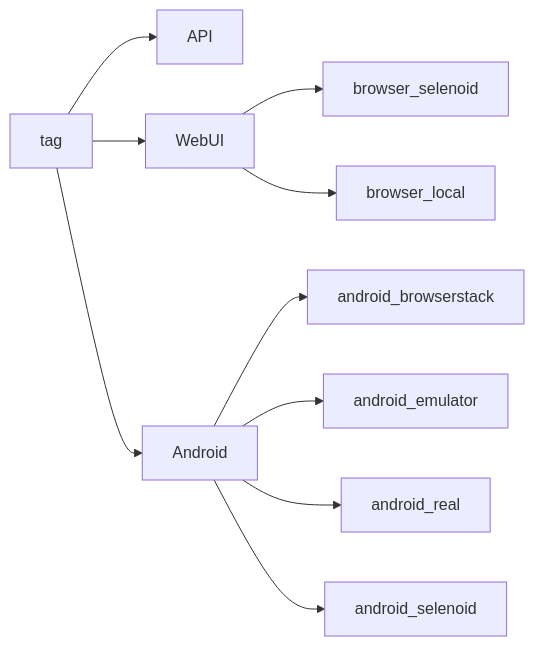
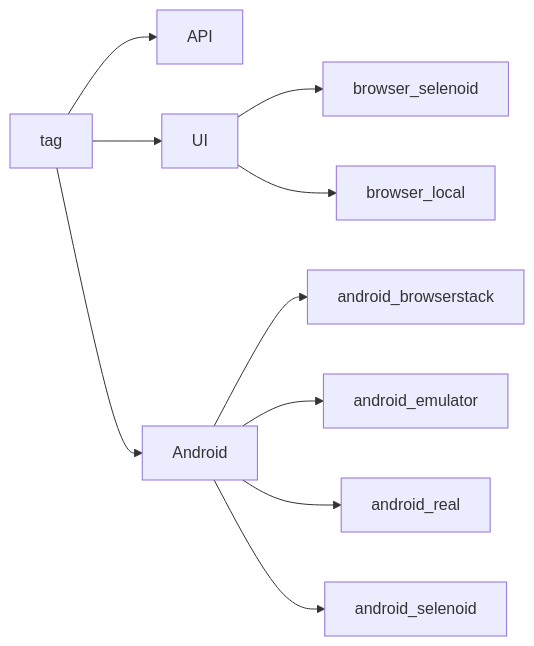
The first of 2 diagrams in README.md (vonoelv/bookmate-test-project), drawn with Mermaid before and after one commit. The commit also changed other lines of this file, not shown here.

````diff
--- a/README.md
+++ b/README.md
@@ -114,12 +114,12 @@
 ```mermaid
 graph LR
 A[tag] --> B[API]
-A --> C[WebUI]
+A --> C[UI]
 A --> D[Android]
 C --> E[browser_selenoid]
 C --> F[browser_local]
 D --> G[android_browserstack]
 D --> H[android_emulator]
 D --> I[android_real]
 D --> J[android_selenoid]
 ```
````
